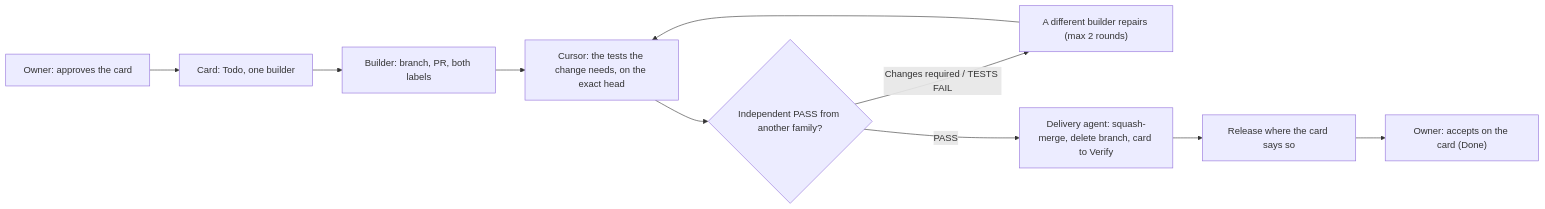
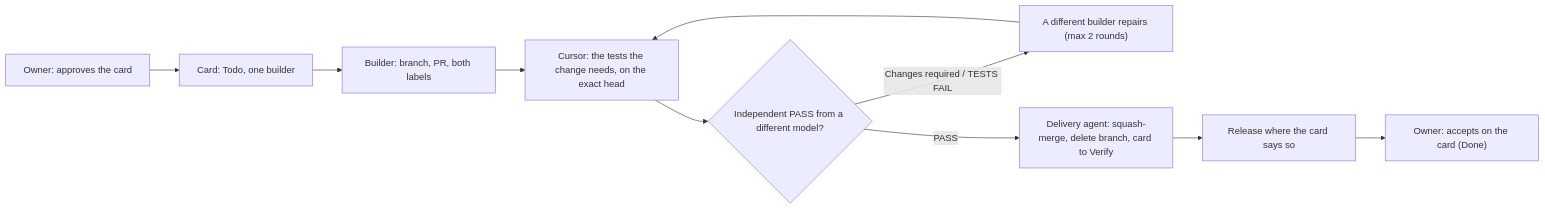
The diagram in AGENTS.md (Maho1975/project-template), drawn with Mermaid before and after one commit. The commit also changed other lines of this file and 2 other files, not shown here.

````diff
--- a/AGENTS.md
+++ b/AGENTS.md
@@ -21,12 +21,12 @@
 ```mermaid
 flowchart LR
     A["Owner: approves the card"] --> B["Card: Todo, one builder"]
     B --> C["Builder: branch, PR, both labels"]
     C --> D["Cursor: the tests the change needs, on the exact head"]
-    D --> E{"Independent PASS from another family?"}
+    D --> E{"Independent PASS from a different model?"}
     E -- "Changes required / TESTS FAIL" --> F["A different builder repairs (max 2 rounds)"]
     F --> D
     E -- PASS --> G["Delivery agent: squash-merge, delete branch, card to Verify"]
     G --> H["Release where the card says so"]
     H --> I["Owner: accepts on the card (Done)"]
 ```
````
